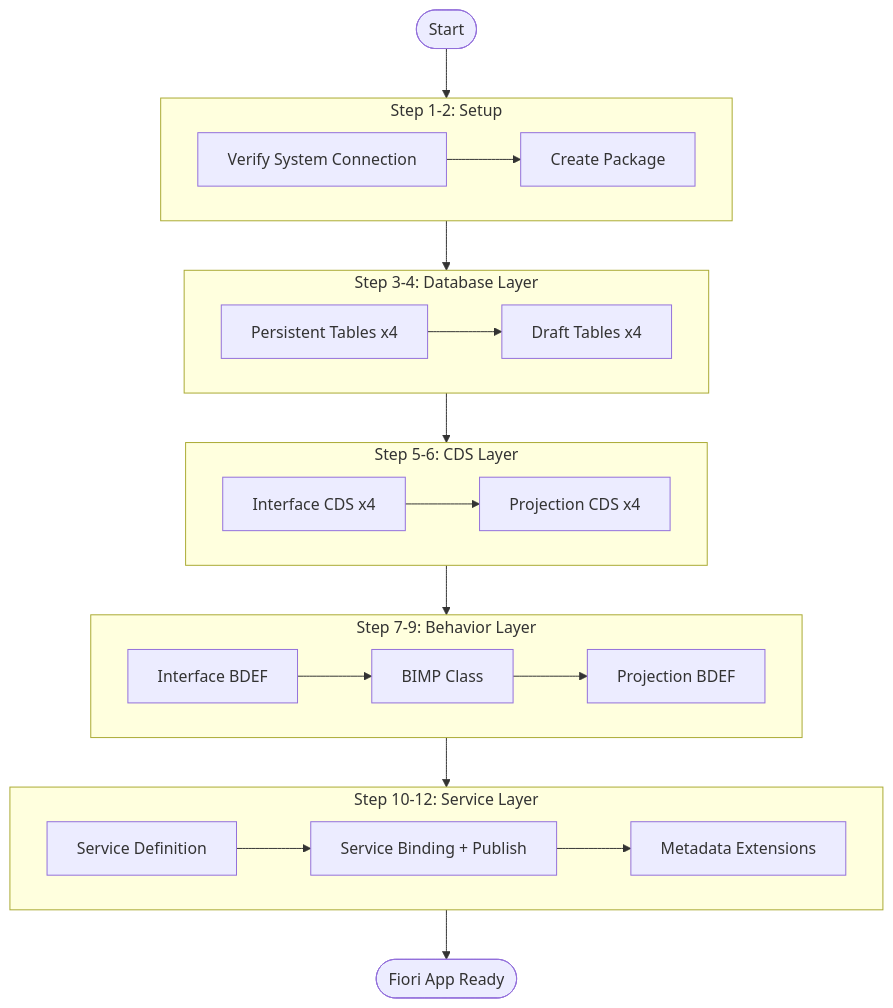
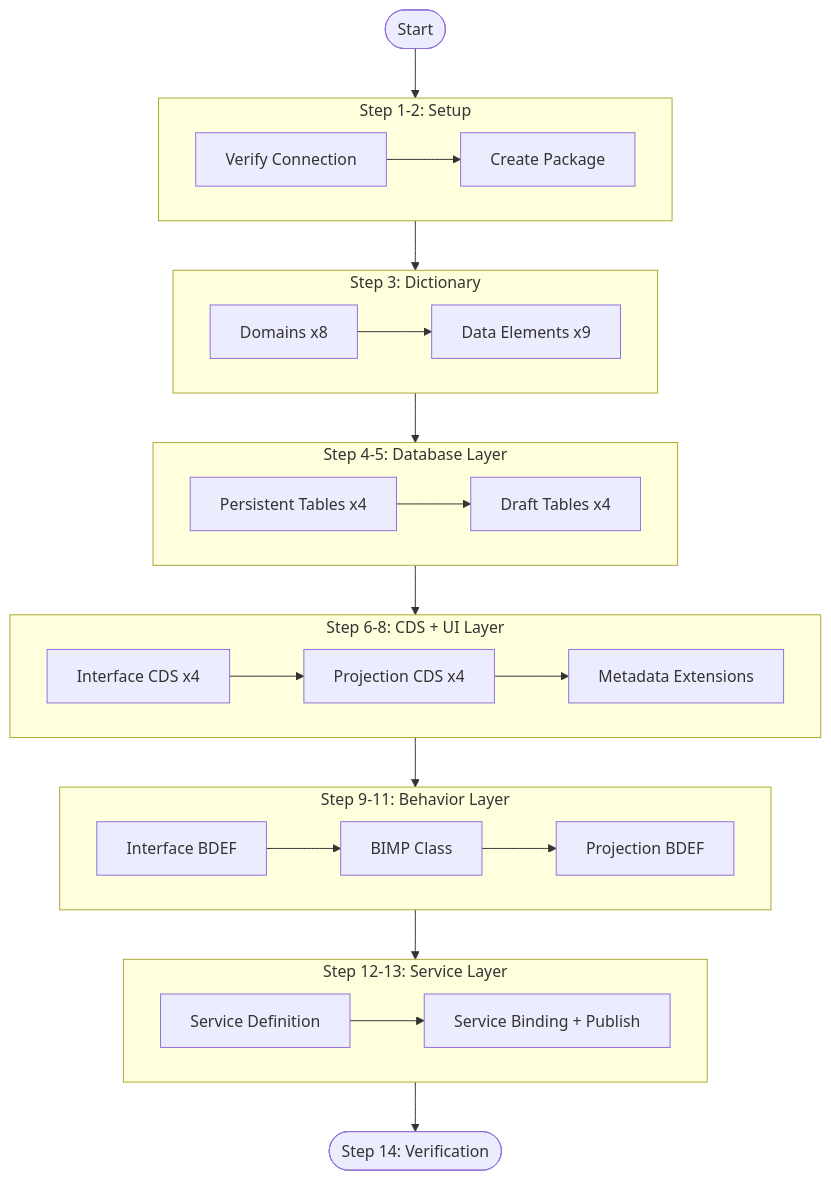
One commit to fr0ster/cloud-llm-hub changed the tenth of 10 diagrams in docs/tutorials/rap-bo-creation.md. Above: the diagram before and after it, drawn with Mermaid. The commit also changed other lines of this file, not shown here.

First line of the commit message:
docs: update tutorial diagrams to match 14-step structure

````diff
--- a/docs/tutorials/rap-bo-creation.md
+++ b/docs/tutorials/rap-bo-creation.md
@@ -958,36 +960,42 @@
 ```mermaid
 flowchart TB
     START([Start]) --> SETUP
 
-    subgraph SETUP[Step 1-2: Setup]
-        S0[Verify System Connection] --> S1[Create Package]
+    subgraph SETUP["Step 1-2: Setup"]
+        S0[Verify Connection] --> S1[Create Package]
     end
 
-    SETUP --> TABLES
+    SETUP --> DICT
 
-    subgraph TABLES[Step 3-4: Database Layer]
+    subgraph DICT["Step 3: Dictionary"]
+        D1[Domains x8] --> D2[Data Elements x9]
+    end
+
+    DICT --> TABLES
+
+    subgraph TABLES["Step 4-5: Database Layer"]
         T1[Persistent Tables x4] --> T2[Draft Tables x4]
     end
 
     TABLES --> CDS
 
-    subgraph CDS[Step 5-6: CDS Layer]
+    subgraph CDS["Step 6-8: CDS + UI Layer"]
         C1[Interface CDS x4] --> C2[Projection CDS x4]
+        C2 --> C3[Metadata Extensions]
     end
 
     CDS --> BEHAVIOR
 
-    subgraph BEHAVIOR[Step 7-9: Behavior Layer]
+    subgraph BEHAVIOR["Step 9-11: Behavior Layer"]
         B1[Interface BDEF] --> B2[BIMP Class]
         B2 --> B3[Projection BDEF]
     end
 
     BEHAVIOR --> SERVICE
 
-    subgraph SERVICE[Step 10-12: Service Layer]
+    subgraph SERVICE["Step 12-13: Service Layer"]
         S1a[Service Definition] --> S2[Service Binding + Publish]
-        S2 --> S3[Metadata Extensions]
     end
 
-    SERVICE --> DONE([Fiori App Ready])
+    SERVICE --> DONE([Step 14: Verification])
 ```
````
